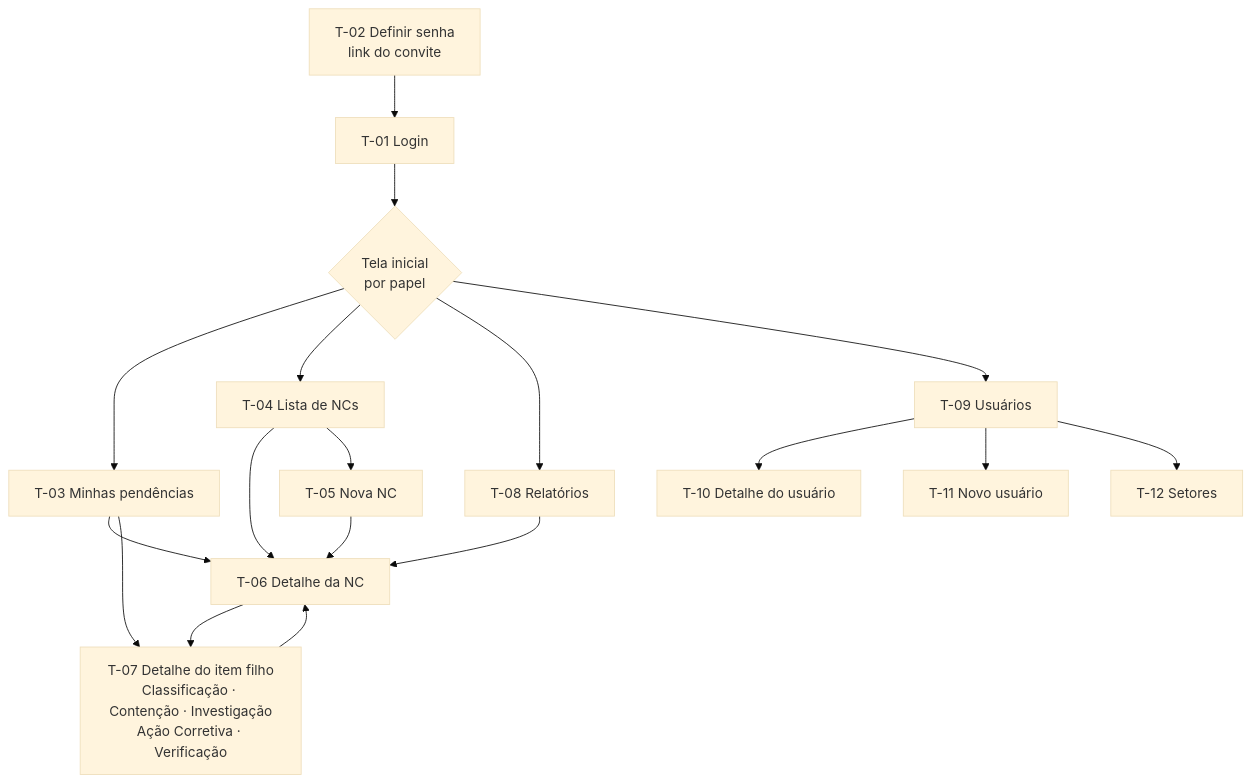
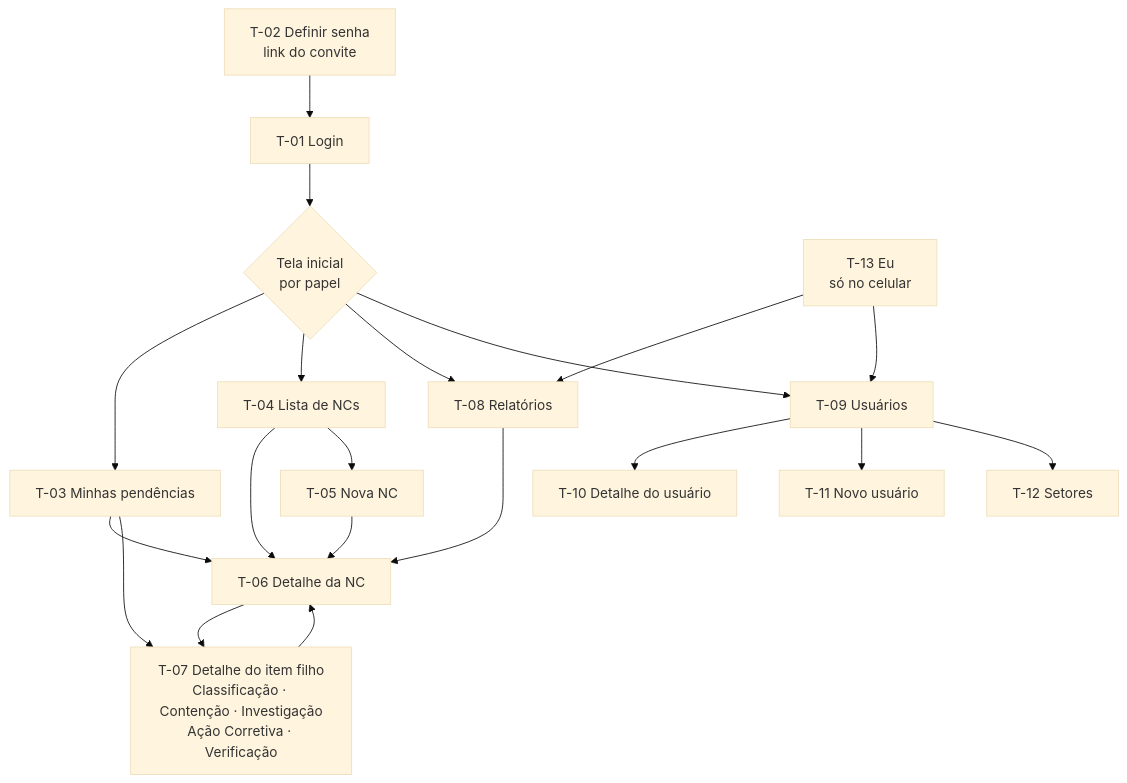
One commit to fellipemnds/qualityhub changed the diagram in docs/fluxo-app.md. Above: the diagram before and after it, drawn with Mermaid (base theme). The commit also changed other lines of this file and 4 other files, not shown here.

````diff
--- a/docs/fluxo-app.md
+++ b/docs/fluxo-app.md
@@ -42,24 +44,26 @@
 ```mermaid
 flowchart TD
     Login[T-01 Login] --> Inicio{Tela inicial<br/>por papel}
     Convite[T-02 Definir senha<br/>link do convite] --> Login
 
     Inicio --> Pend[T-03 Minhas pendências]
     Inicio --> Lista[T-04 Lista de NCs]
     Inicio --> Rel[T-08 Relatórios]
     Inicio --> Usu[T-09 Usuários]
 
     Pend --> NC[T-06 Detalhe da NC]
     Lista --> NC
     Lista --> Nova[T-05 Nova NC]
     Nova --> NC
 
     NC --> Filho[T-07 Detalhe do item filho<br/>Classificação · Contenção · Investigação<br/>Ação Corretiva · Verificação]
     Filho --> NC
     Pend --> Filho
 
     Rel --> NC
     Usu --> UsuDet[T-10 Detalhe do usuário]
     Usu --> UsuNovo[T-11 Novo usuário]
     Usu --> Set[T-12 Setores]
+    Eu[T-13 Eu<br/>só no celular] --> Rel
+    Eu --> Usu
 ```
````
